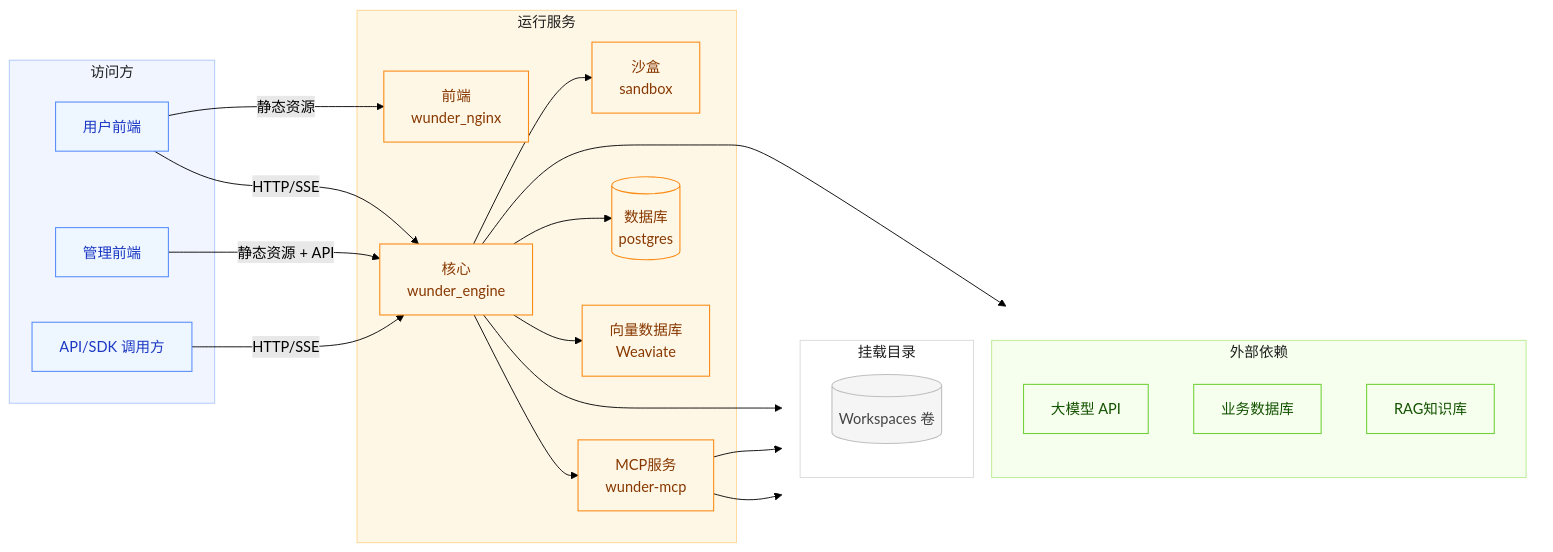
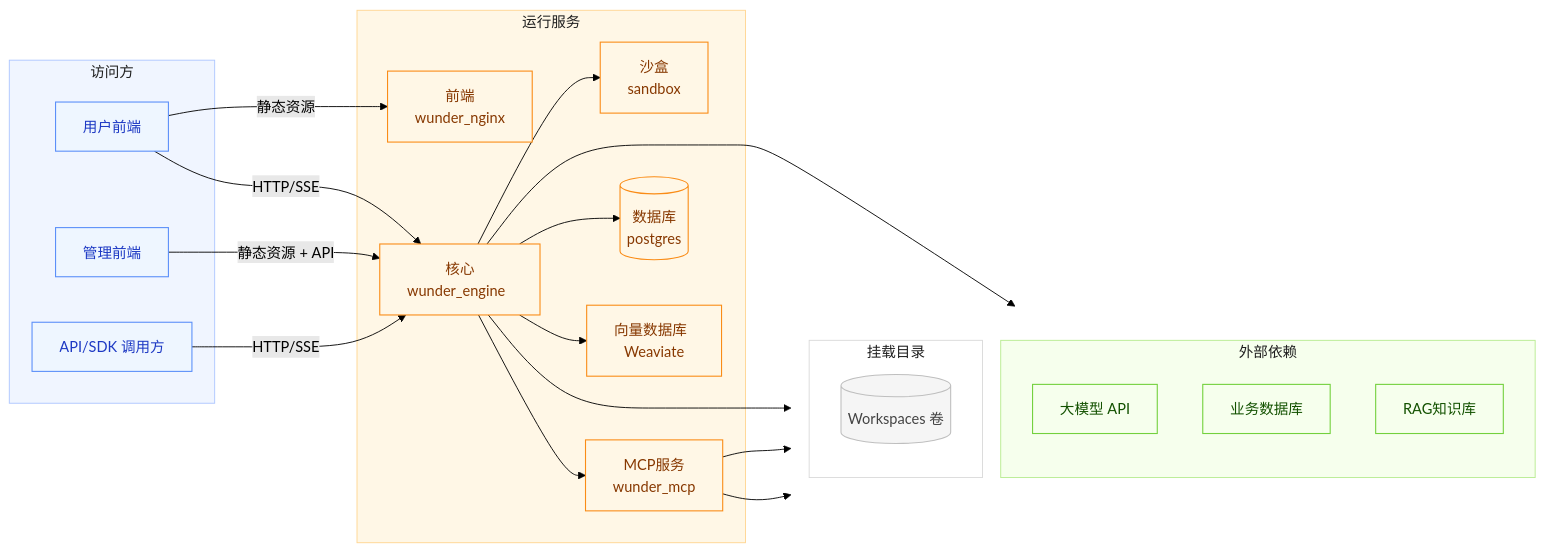
One commit to ylsdamxssjxxdd/wunder changed the first of 4 diagrams in docs/架构设计.md. Above: the diagram before and after it, drawn with Mermaid (forest theme). The commit also changed other lines of this file and 29 other files, not shown here.

````diff
--- a/docs/架构设计.md
+++ b/docs/架构设计.md
@@ -21,60 +21,60 @@
 ```mermaid
 flowchart LR
   subgraph Clients["访问方"]
     UserUI["用户前端"]
     AdminUI["管理前端"]
     ApiClient["API/SDK 调用方"]
   end
 
   subgraph Runtime["运行服务"]
     Nginx["前端<br/>wunder_nginx"]
-    RustAPI["核心<br/>wunder_engine"]
+    RustAPI["核心<br/>wunder_engine&nbsp;&nbsp;"]
     Sandbox["沙盒<br/>sandbox"]
-    MCP["MCP服务<br/>wunder-mcp"]
+    MCP["MCP服务<br/>wunder_mcp"]
     PG[(数据库<br/>postgres)]
-    VectorDB["向量数据库<br/>Weaviate"]
+    VectorDB["向量数据库&nbsp;&nbsp;<br/>Weaviate"]
   end
 
   subgraph RightSide[" "]
     direction TB
     subgraph External["外部依赖"]
       LLM["大模型 API"]
       ExtDB["业务数据库"]
       KB["RAG知识库"]
     end
     subgraph Mounts["挂载目录"]
       WS[(Workspaces 卷)]
     end
   end
 
   UserUI -->|静态资源| Nginx
   UserUI -->|HTTP/SSE| RustAPI
   AdminUI -->|静态资源 + API| RustAPI
   ApiClient -->|HTTP/SSE| RustAPI
 
   RustAPI --> PG
   RustAPI --> WS
   RustAPI --> LLM
   RustAPI --> VectorDB
   RustAPI --> Sandbox
   RustAPI --> MCP
 
   MCP --> ExtDB
   MCP --> KB
 
   classDef client fill:#eef6ff,stroke:#5b8ff9,stroke-width:1.2px,color:#1d39c4;
   classDef runtime fill:#fff7e6,stroke:#fa8c16,stroke-width:1.2px,color:#873800;
   classDef external fill:#f6ffed,stroke:#73d13d,stroke-width:1.2px,color:#135200;
   classDef volume fill:#f5f5f5,stroke:#bfbfbf,stroke-width:1.2px,color:#434343;
 
   class UserUI,AdminUI,ApiClient client;
   class Nginx,RustAPI,Sandbox,MCP,PG,VectorDB runtime;
   class LLM,ExtDB,KB external;
   class WS volume;
 
   style Clients fill:#f0f5ff,stroke:#adc6ff,stroke-width:1px,color:#1f1f1f;
   style Runtime fill:#fff7e6,stroke:#ffd591,stroke-width:1px,color:#1f1f1f;
   style External fill:#f6ffed,stroke:#b7eb8f,stroke-width:1px,color:#1f1f1f;
   style Mounts fill:#ffffff,stroke:#d9d9d9,stroke-width:1px,color:#1f1f1f;
   style RightSide fill:transparent,stroke:transparent,color:transparent;
 ```
````
